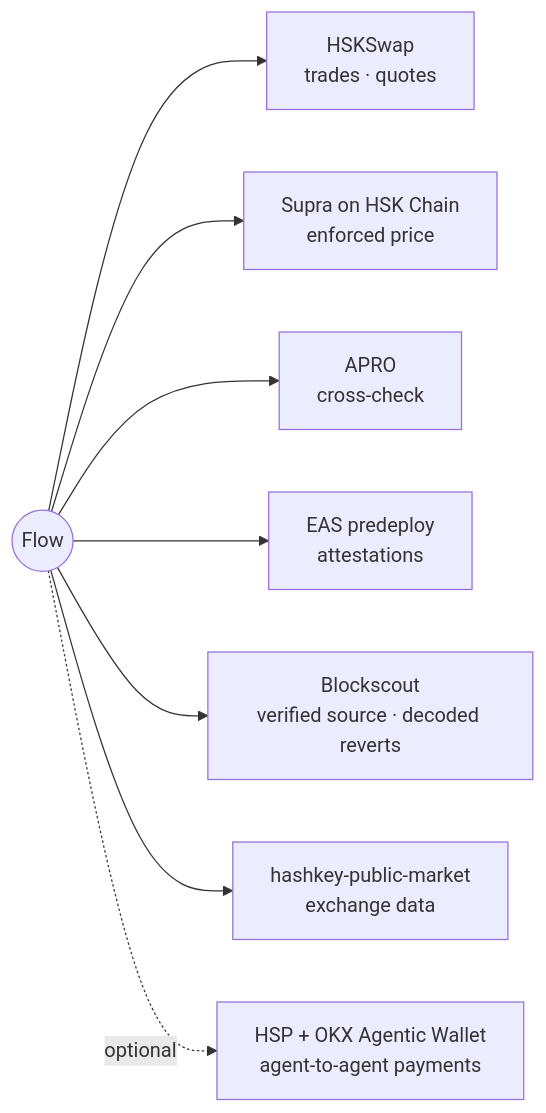
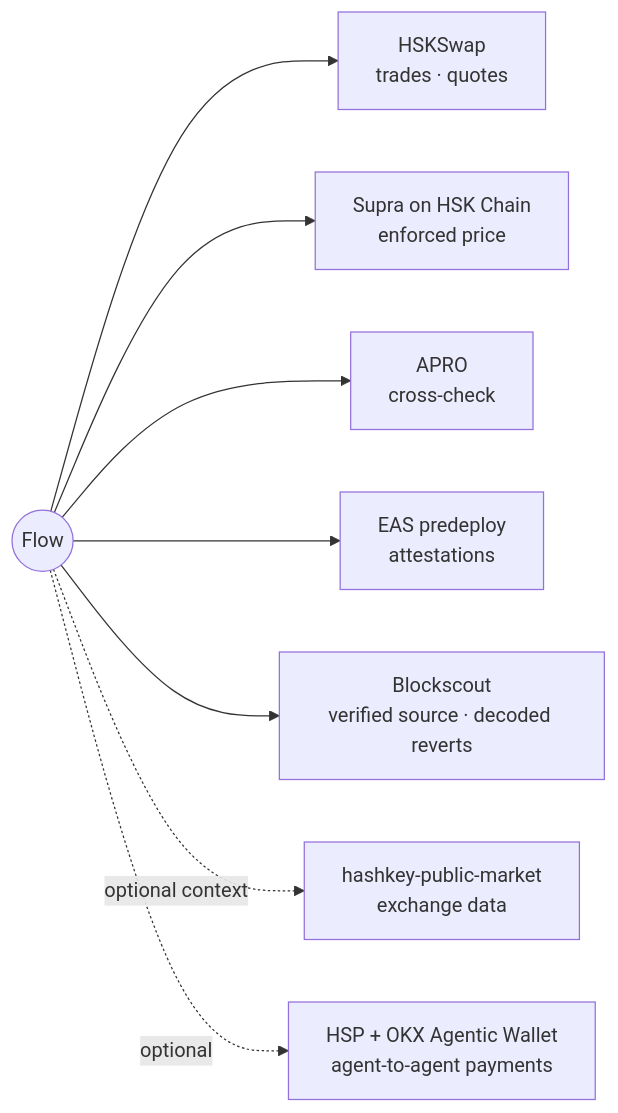
One commit to AceVikings/horizon-hack-flow changed the tenth of 11 diagrams in README.md. Above: the diagram before and after it, drawn with Mermaid. The commit also changed other lines of this file, not shown here.

Commit message:
readme: the signal is described as on-chain (pool, TWAP, oracle, swap flow, impact); HashKey Global shown as optional context; the 7-day replay is noted as using the earlier CEX reference

````diff
--- a/README.md
+++ b/README.md
@@ -465,10 +465,10 @@
 ```mermaid
 flowchart LR
     ATE((Flow)) --> HS["HSKSwap<br/>trades · quotes"]
     ATE --> SU["Supra on HSK Chain<br/>enforced price"]
     ATE --> AP["APRO<br/>cross-check"]
     ATE --> EA["EAS predeploy<br/>attestations"]
     ATE --> BS["Blockscout<br/>verified source · decoded reverts"]
-    ATE --> HG["hashkey-public-market<br/>exchange data"]
+    ATE -. "optional context" .-> HG["hashkey-public-market<br/>exchange data"]
     ATE -. "optional" .-> HSP["HSP + OKX Agentic Wallet<br/>agent-to-agent payments"]
 ```
````
